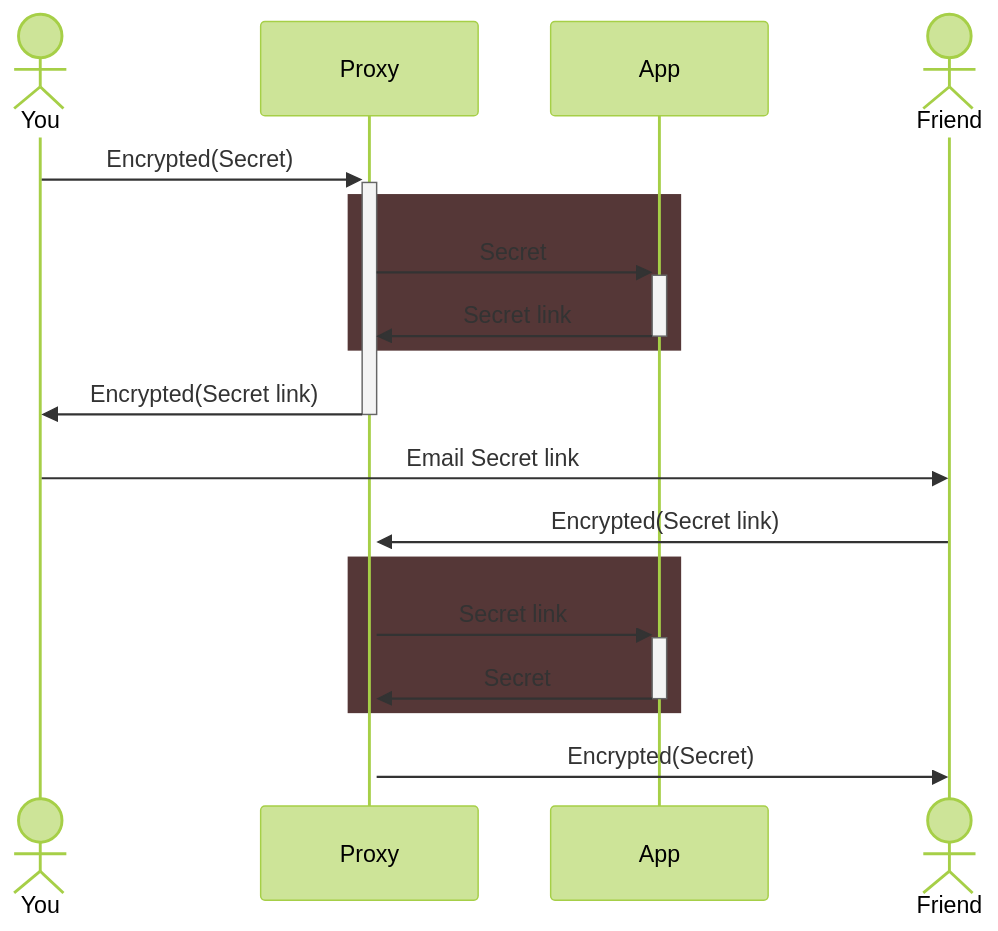
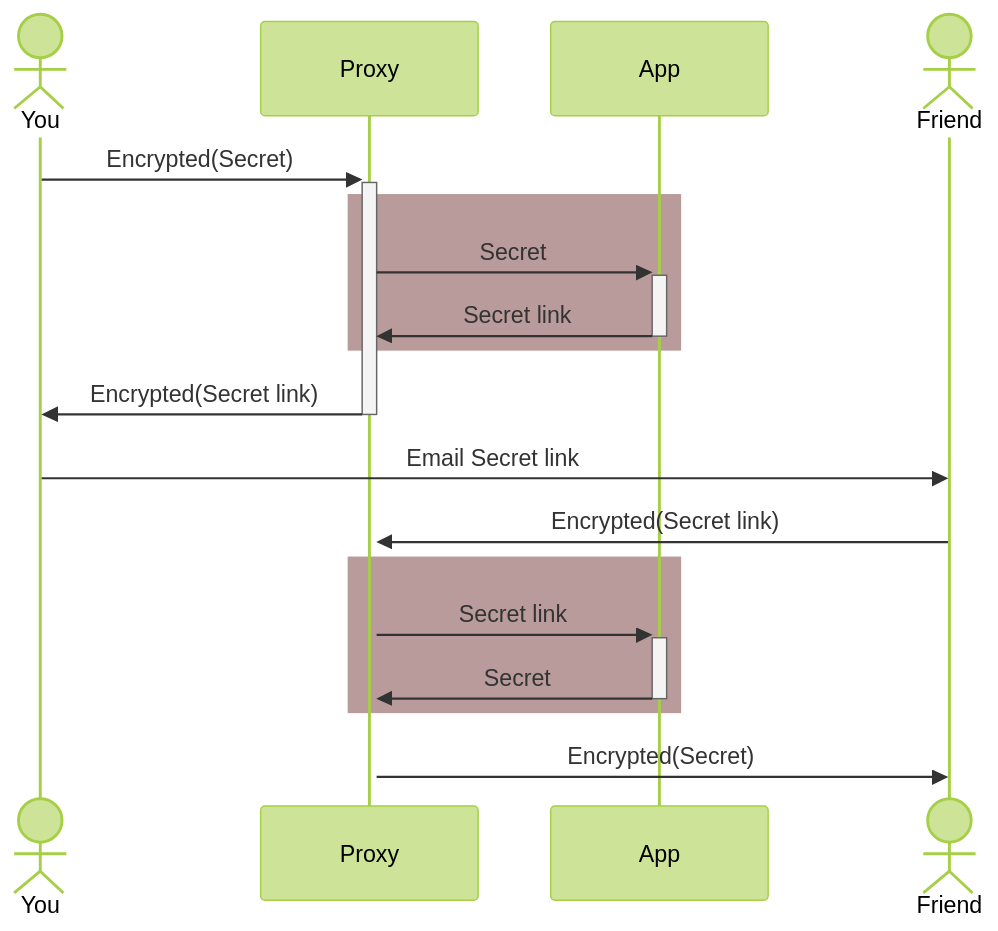
Before and after one commit to buildcomplete/YT-secrets: the second of 2 diagrams in readme.md, drawn with Mermaid (forest theme). The commit also changed other lines of this file, not shown here.

````diff
--- a/readme.md
+++ b/readme.md
@@ -70,23 +70,23 @@
 ```mermaid
 sequenceDiagram
    Actor You
    Participant Proxy
    Participant App
    Actor Friend
    
    You->>+Proxy: Encrypted(Secret)
-   rect rgb(85,55,55)
+   rect rgb(185,155,155)
       Proxy->>+App:Secret
       App->>-Proxy:Secret link
    end
    Proxy->>-You: Encrypted(Secret link)
    
    You->>Friend:Email Secret link
 
    Friend->>+Proxy:Encrypted(Secret link)
-   rect rgb(85,55,55)
+   rect rgb(185,155,155)
       Proxy->>+App:Secret link
       App->>-Proxy:Secret
    end
    Proxy->>Friend:Encrypted(Secret)
 ```
````
